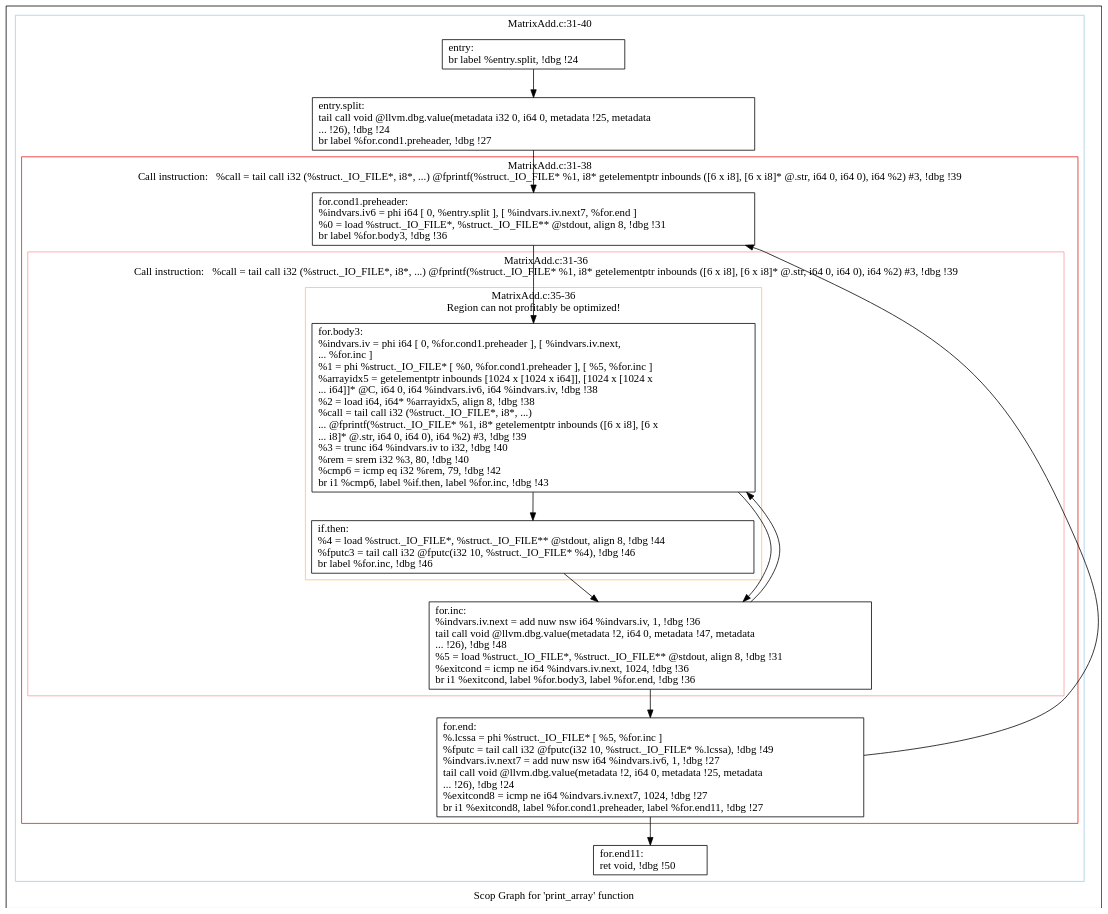
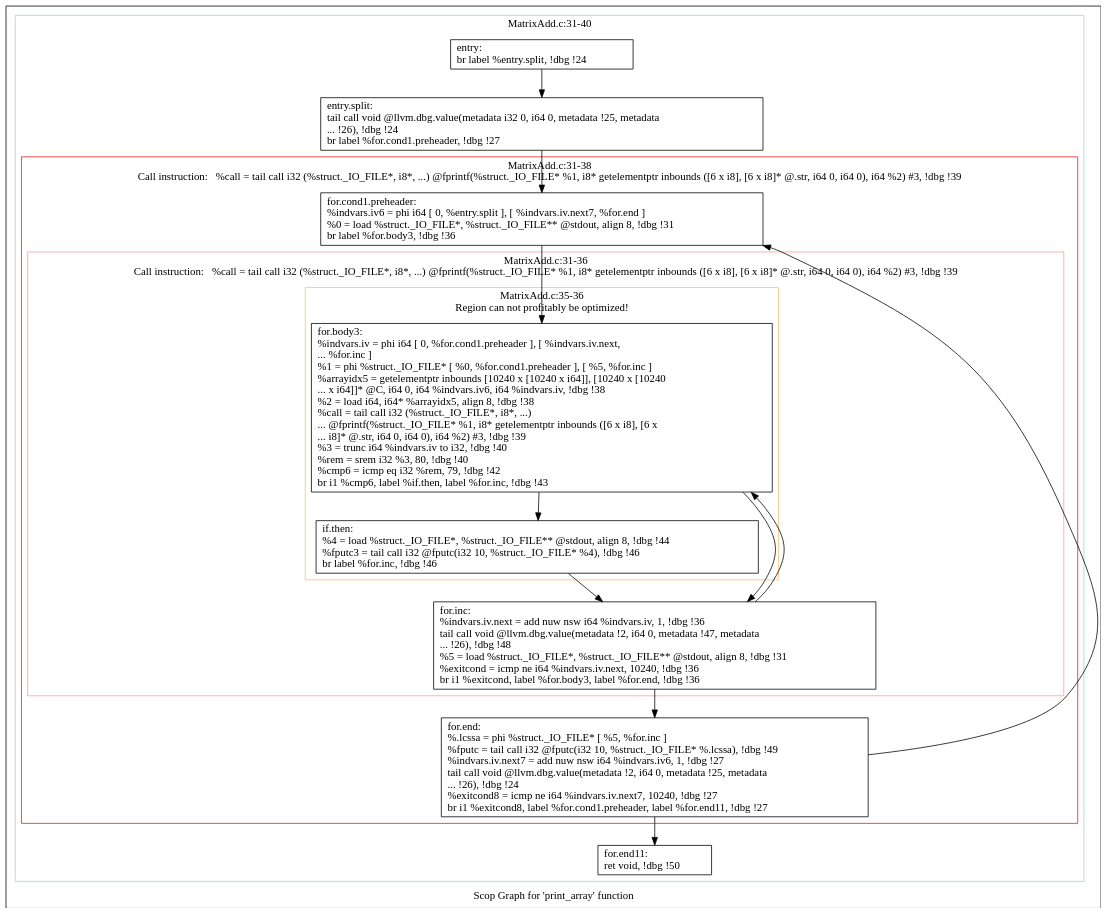
Before and after one commit to samminweng/WhileyOpenCL: the diagram in polly/MatrixAdd/impl/handwritten/dot/scops.print_array.dot, drawn with Graphviz. The commit also changed 60 other files, not shown here.

```diff
--- a/polly/MatrixAdd/impl/handwritten/dot/scops.print_array.dot
+++ b/polly/MatrixAdd/impl/handwritten/dot/scops.print_array.dot
@@ -1,55 +1,55 @@
 digraph "Scop Graph for 'print_array' function" {
 	label="Scop Graph for 'print_array' function";
 
-	Node0x6977620 [shape=record,label="{entry:\l  br label %entry.split, !dbg !24\l}"];
-	Node0x6977620 -> Node0x697fa10;
-	Node0x697fa10 [shape=record,label="{entry.split:                                      \l  tail call void @llvm.dbg.value(metadata i32 0, i64 0, metadata !25, metadata\l... !26), !dbg !24\l  br label %for.cond1.preheader, !dbg !27\l}"];
-	Node0x697fa10 -> Node0x6980df0;
-	Node0x6980df0 [shape=record,label="{for.cond1.preheader:                              \l  %indvars.iv6 = phi i64 [ 0, %entry.split ], [ %indvars.iv.next7, %for.end ]\l  %0 = load %struct._IO_FILE*, %struct._IO_FILE** @stdout, align 8, !dbg !31\l  br label %for.body3, !dbg !36\l}"];
-	Node0x6980df0 -> Node0x6987b40;
-	Node0x6987b40 [shape=record,label="{for.body3:                                        \l  %indvars.iv = phi i64 [ 0, %for.cond1.preheader ], [ %indvars.iv.next,\l... %for.inc ]\l  %1 = phi %struct._IO_FILE* [ %0, %for.cond1.preheader ], [ %5, %for.inc ]\l  %arrayidx5 = getelementptr inbounds [1024 x [1024 x i64]], [1024 x [1024 x\l... i64]]* @C, i64 0, i64 %indvars.iv6, i64 %indvars.iv, !dbg !38\l  %2 = load i64, i64* %arrayidx5, align 8, !dbg !38\l  %call = tail call i32 (%struct._IO_FILE*, i8*, ...)\l... @fprintf(%struct._IO_FILE* %1, i8* getelementptr inbounds ([6 x i8], [6 x\l... i8]* @.str, i64 0, i64 0), i64 %2) #3, !dbg !39\l  %3 = trunc i64 %indvars.iv to i32, !dbg !40\l  %rem = srem i32 %3, 80, !dbg !40\l  %cmp6 = icmp eq i32 %rem, 79, !dbg !42\l  br i1 %cmp6, label %if.then, label %for.inc, !dbg !43\l}"];
-	Node0x6987b40 -> Node0x6989c80;
-	Node0x6987b40 -> Node0x6980500;
-	Node0x6989c80 [shape=record,label="{if.then:                                          \l  %4 = load %struct._IO_FILE*, %struct._IO_FILE** @stdout, align 8, !dbg !44\l  %fputc3 = tail call i32 @fputc(i32 10, %struct._IO_FILE* %4), !dbg !46\l  br label %for.inc, !dbg !46\l}"];
-	Node0x6989c80 -> Node0x6980500;
-	Node0x6980500 [shape=record,label="{for.inc:                                          \l  %indvars.iv.next = add nuw nsw i64 %indvars.iv, 1, !dbg !36\l  tail call void @llvm.dbg.value(metadata !2, i64 0, metadata !47, metadata\l... !26), !dbg !48\l  %5 = load %struct._IO_FILE*, %struct._IO_FILE** @stdout, align 8, !dbg !31\l  %exitcond = icmp ne i64 %indvars.iv.next, 1024, !dbg !36\l  br i1 %exitcond, label %for.body3, label %for.end, !dbg !36\l}"];
-	Node0x6980500 -> Node0x6987b40[constraint=false];
-	Node0x6980500 -> Node0x697f8e0;
-	Node0x697f8e0 [shape=record,label="{for.end:                                          \l  %.lcssa = phi %struct._IO_FILE* [ %5, %for.inc ]\l  %fputc = tail call i32 @fputc(i32 10, %struct._IO_FILE* %.lcssa), !dbg !49\l  %indvars.iv.next7 = add nuw nsw i64 %indvars.iv6, 1, !dbg !27\l  tail call void @llvm.dbg.value(metadata !2, i64 0, metadata !25, metadata\l... !26), !dbg !24\l  %exitcond8 = icmp ne i64 %indvars.iv.next7, 1024, !dbg !27\l  br i1 %exitcond8, label %for.cond1.preheader, label %for.end11, !dbg !27\l}"];
-	Node0x697f8e0 -> Node0x6980df0[constraint=false];
-	Node0x697f8e0 -> Node0x6982d10;
-	Node0x6982d10 [shape=record,label="{for.end11:                                        \l  ret void, !dbg !50\l}"];
+	Node0x4ea5fe0 [shape=record,label="{entry:\l  br label %entry.split, !dbg !24\l}"];
+	Node0x4ea5fe0 -> Node0x4ea35c0;
+	Node0x4ea35c0 [shape=record,label="{entry.split:                                      \l  tail call void @llvm.dbg.value(metadata i32 0, i64 0, metadata !25, metadata\l... !26), !dbg !24\l  br label %for.cond1.preheader, !dbg !27\l}"];
+	Node0x4ea35c0 -> Node0x4ec1de0;
+	Node0x4ec1de0 [shape=record,label="{for.cond1.preheader:                              \l  %indvars.iv6 = phi i64 [ 0, %entry.split ], [ %indvars.iv.next7, %for.end ]\l  %0 = load %struct._IO_FILE*, %struct._IO_FILE** @stdout, align 8, !dbg !31\l  br label %for.body3, !dbg !36\l}"];
+	Node0x4ec1de0 -> Node0x4ea5bf0;
+	Node0x4ea5bf0 [shape=record,label="{for.body3:                                        \l  %indvars.iv = phi i64 [ 0, %for.cond1.preheader ], [ %indvars.iv.next,\l... %for.inc ]\l  %1 = phi %struct._IO_FILE* [ %0, %for.cond1.preheader ], [ %5, %for.inc ]\l  %arrayidx5 = getelementptr inbounds [10240 x [10240 x i64]], [10240 x [10240\l... x i64]]* @C, i64 0, i64 %indvars.iv6, i64 %indvars.iv, !dbg !38\l  %2 = load i64, i64* %arrayidx5, align 8, !dbg !38\l  %call = tail call i32 (%struct._IO_FILE*, i8*, ...)\l... @fprintf(%struct._IO_FILE* %1, i8* getelementptr inbounds ([6 x i8], [6 x\l... i8]* @.str, i64 0, i64 0), i64 %2) #3, !dbg !39\l  %3 = trunc i64 %indvars.iv to i32, !dbg !40\l  %rem = srem i32 %3, 80, !dbg !40\l  %cmp6 = icmp eq i32 %rem, 79, !dbg !42\l  br i1 %cmp6, label %if.then, label %for.inc, !dbg !43\l}"];
+	Node0x4ea5bf0 -> Node0x4ea5c10;
+	Node0x4ea5bf0 -> Node0x4e8ee60;
+	Node0x4ea5c10 [shape=record,label="{if.then:                                          \l  %4 = load %struct._IO_FILE*, %struct._IO_FILE** @stdout, align 8, !dbg !44\l  %fputc3 = tail call i32 @fputc(i32 10, %struct._IO_FILE* %4), !dbg !46\l  br label %for.inc, !dbg !46\l}"];
+	Node0x4ea5c10 -> Node0x4e8ee60;
+	Node0x4e8ee60 [shape=record,label="{for.inc:                                          \l  %indvars.iv.next = add nuw nsw i64 %indvars.iv, 1, !dbg !36\l  tail call void @llvm.dbg.value(metadata !2, i64 0, metadata !47, metadata\l... !26), !dbg !48\l  %5 = load %struct._IO_FILE*, %struct._IO_FILE** @stdout, align 8, !dbg !31\l  %exitcond = icmp ne i64 %indvars.iv.next, 10240, !dbg !36\l  br i1 %exitcond, label %for.body3, label %for.end, !dbg !36\l}"];
+	Node0x4e8ee60 -> Node0x4ea5bf0[constraint=false];
+	Node0x4e8ee60 -> Node0x4e977b0;
+	Node0x4e977b0 [shape=record,label="{for.end:                                          \l  %.lcssa = phi %struct._IO_FILE* [ %5, %for.inc ]\l  %fputc = tail call i32 @fputc(i32 10, %struct._IO_FILE* %.lcssa), !dbg !49\l  %indvars.iv.next7 = add nuw nsw i64 %indvars.iv6, 1, !dbg !27\l  tail call void @llvm.dbg.value(metadata !2, i64 0, metadata !25, metadata\l... !26), !dbg !24\l  %exitcond8 = icmp ne i64 %indvars.iv.next7, 10240, !dbg !27\l  br i1 %exitcond8, label %for.cond1.preheader, label %for.end11, !dbg !27\l}"];
+	Node0x4e977b0 -> Node0x4ec1de0[constraint=false];
+	Node0x4e977b0 -> Node0x4ea5b50;
+	Node0x4ea5b50 [shape=record,label="{for.end11:                                        \l  ret void, !dbg !50\l}"];
 	colorscheme = "paired12"
-        subgraph cluster_0x69847c0 {
+        subgraph cluster_0x4e9b480 {
           label = "MatrixAdd.c:31-40
 ";
           style = solid;
           color = 1
-          subgraph cluster_0x698f3a0 {
+          subgraph cluster_0x4ea0070 {
             label = "MatrixAdd.c:31-38
 Call instruction:   %call = tail call i32 (%struct._IO_FILE*, i8*, ...) @fprintf(%struct._IO_FILE* %1, i8* getelementptr inbounds ([6 x i8], [6 x i8]* @.str, i64 0, i64 0), i64 %2) #3, !dbg !39";
             style = solid;
             color = 6
-            subgraph cluster_0x698f320 {
+            subgraph cluster_0x4e9ff70 {
               label = "MatrixAdd.c:31-36
 Call instruction:   %call = tail call i32 (%struct._IO_FILE*, i8*, ...) @fprintf(%struct._IO_FILE* %1, i8* getelementptr inbounds ([6 x i8], [6 x i8]* @.str, i64 0, i64 0), i64 %2) #3, !dbg !39";
               style = solid;
               color = 5
-              subgraph cluster_0x6987b60 {
+              subgraph cluster_0x4ea4120 {
                 label = "MatrixAdd.c:35-36
 Region can not profitably be optimized!";
                 style = solid;
                 color = 7
-                Node0x6987b40;
-                Node0x6989c80;
+                Node0x4ea5bf0;
+                Node0x4ea5c10;
               }
-              Node0x6980500;
+              Node0x4e8ee60;
             }
-            Node0x6980df0;
-            Node0x697f8e0;
+            Node0x4ec1de0;
+            Node0x4e977b0;
           }
-          Node0x6977620;
-          Node0x697fa10;
-          Node0x6982d10;
+          Node0x4ea5fe0;
+          Node0x4ea35c0;
+          Node0x4ea5b50;
         }
 }
```
